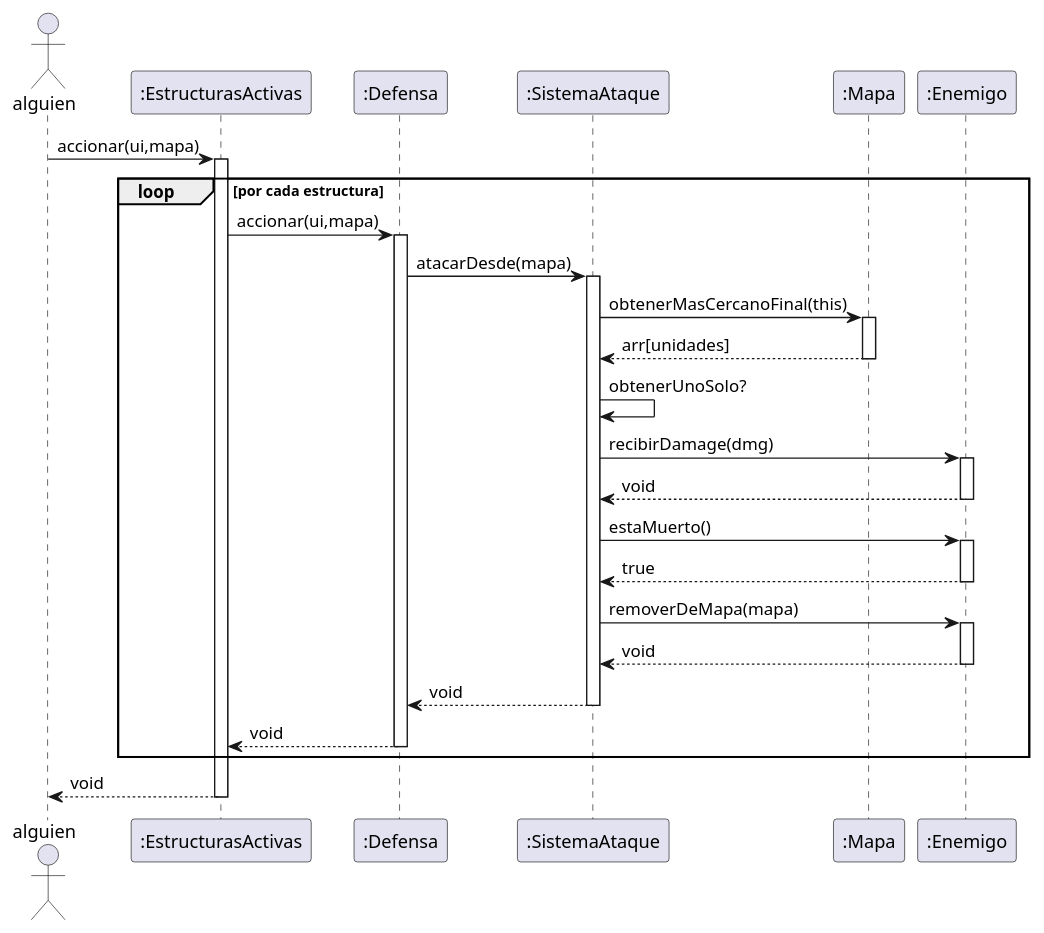
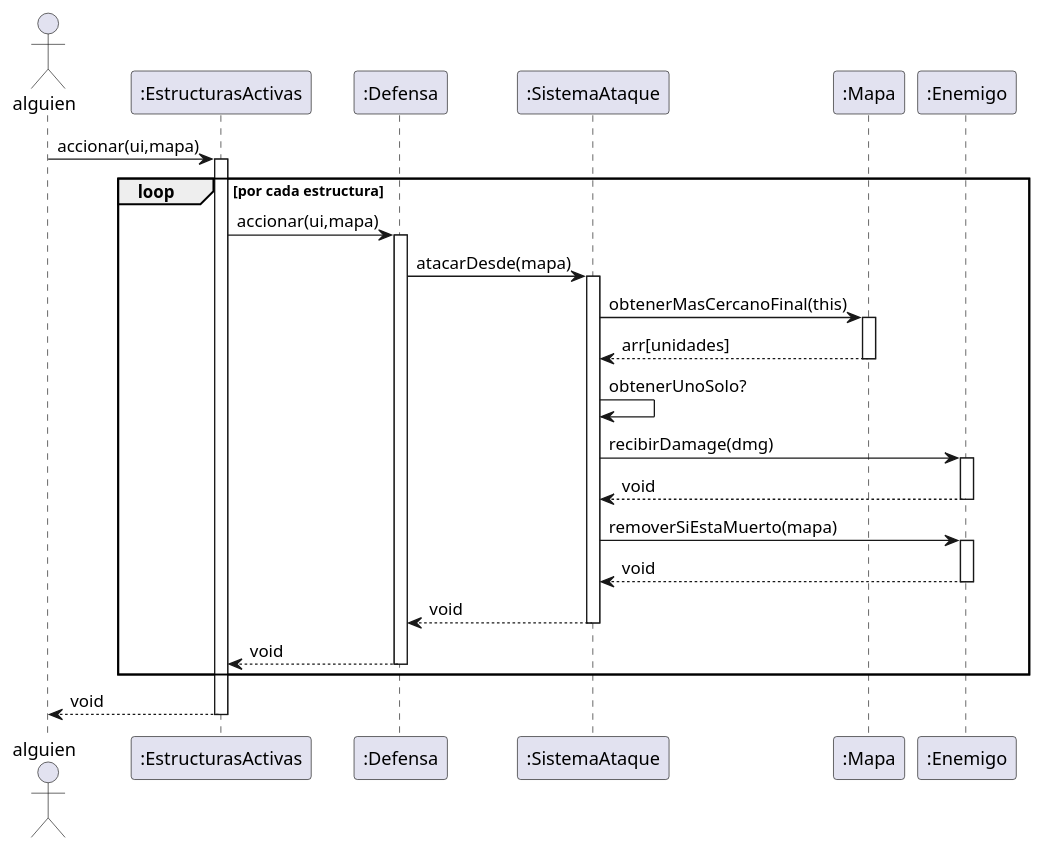
Before and after one commit to MarceloAgustinOrigoniGuillaume/Algo3_TP2_1C2023: the diagram in diagrams/sequences/propuestasMarcelo/defensas/ideaAtaqueEnemigo.puml, drawn with PlantUML. The commit also changed 8 other files, not shown here.

```diff
--- a/diagrams/sequences/propuestasMarcelo/defensas/ideaAtaqueEnemigo.puml
+++ b/diagrams/sequences/propuestasMarcelo/defensas/ideaAtaqueEnemigo.puml
@@ -1,57 +1,52 @@
 @startuml
 
 Actor alguien as sis
 participant ":EstructurasActivas" as estr
 participant ":Defensa" as defe
 participant ":SistemaAtaque" as atk
 participant ":Mapa" as mapa
 participant ":Enemigo" as enemy
 
 
 sis->estr: accionar(ui,mapa)
 activate estr
 
 loop por cada estructura
 
 estr->defe : accionar(ui,mapa)
 activate defe
 
 defe->atk : atacarDesde(mapa)
 activate atk
 atk->mapa: obtenerMasCercanoFinal(this)
 activate mapa
 mapa-->atk: arr[unidades]
 deactivate mapa
 
 atk->atk: obtenerUnoSolo?
 
 atk->enemy: recibirDamage(dmg)
 activate enemy
 enemy-->atk: void
 deactivate enemy
 
 
-atk->enemy: estaMuerto()
-activate enemy
-enemy-->atk: true
-deactivate enemy
-
-atk->enemy: removerDeMapa(mapa)
+atk->enemy: removerSiEstaMuerto(mapa)
 activate enemy
 enemy-->atk: void
 deactivate enemy
 
 atk-->defe: void
 deactivate atk
 
 defe-->estr : void
 deactivate defe
 
 end
 
 
 estr-->sis: void
 deactivate estr
 
 
 @enduml
```
